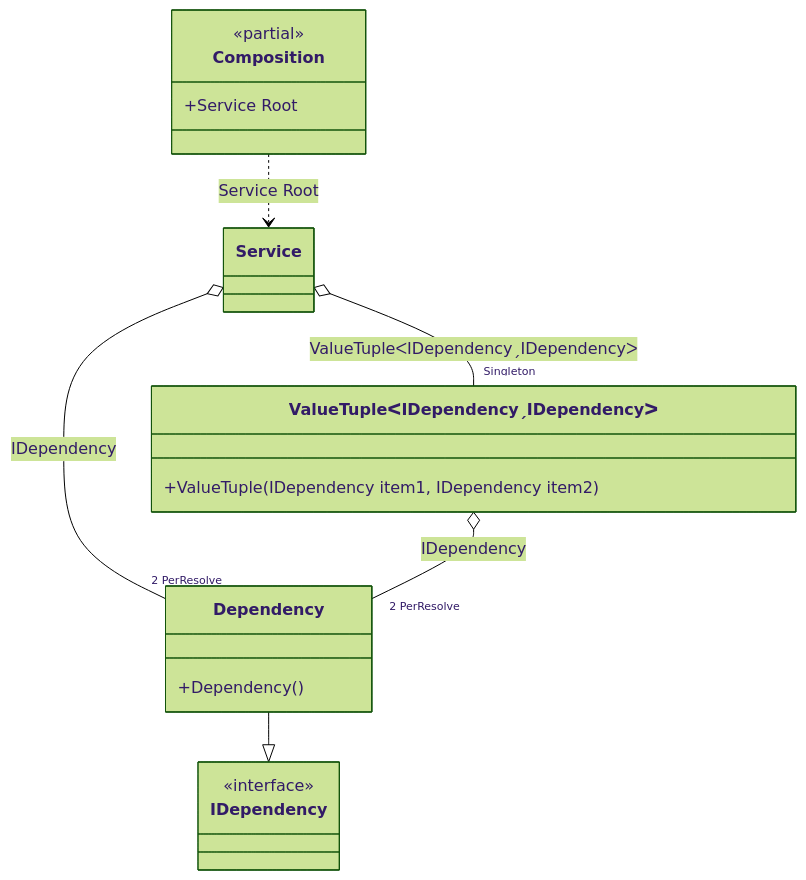
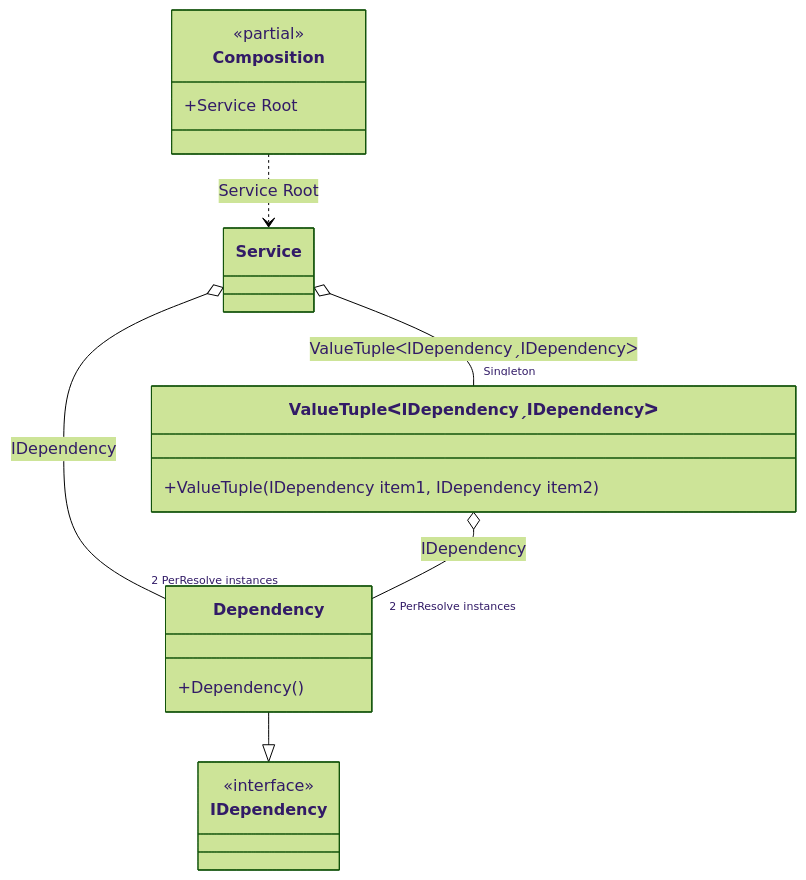
One commit to DevTeam/Pure.DI changed the diagram in readme/perresolve.md. Above: the diagram before and after it, drawn with Mermaid (forest theme). The commit also changed 10 other files, not shown here.

````diff
--- a/readme/perresolve.md
+++ b/readme/perresolve.md
@@ -114,21 +114,21 @@
 ```mermaid
 classDiagram
 	class Composition {
 		<<partial>>
 		+Service Root
 	}
 	Dependency --|> IDependency
 	class Dependency {
 		+Dependency()
 	}
 	class ValueTupleᐸIDependencyˏIDependencyᐳ {
 		+ValueTuple(IDependency item1, IDependency item2)
 	}
 	class IDependency {
 		<<interface>>
 	}
 	Composition ..> Service : Service Root
-	Service o-- "2 PerResolve" Dependency : IDependency
+	Service o-- "2 PerResolve instances" Dependency : IDependency
 	Service o-- "Singleton" ValueTupleᐸIDependencyˏIDependencyᐳ : ValueTupleᐸIDependencyˏIDependencyᐳ
-	ValueTupleᐸIDependencyˏIDependencyᐳ o-- "2 PerResolve" Dependency : IDependency
+	ValueTupleᐸIDependencyˏIDependencyᐳ o-- "2 PerResolve instances" Dependency : IDependency
 ```
````
